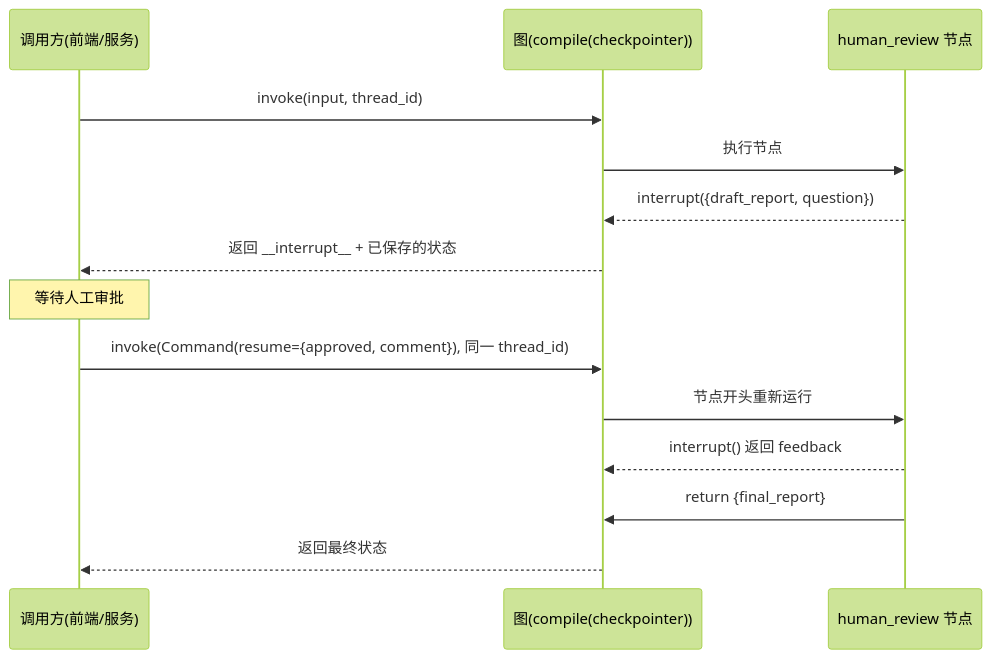
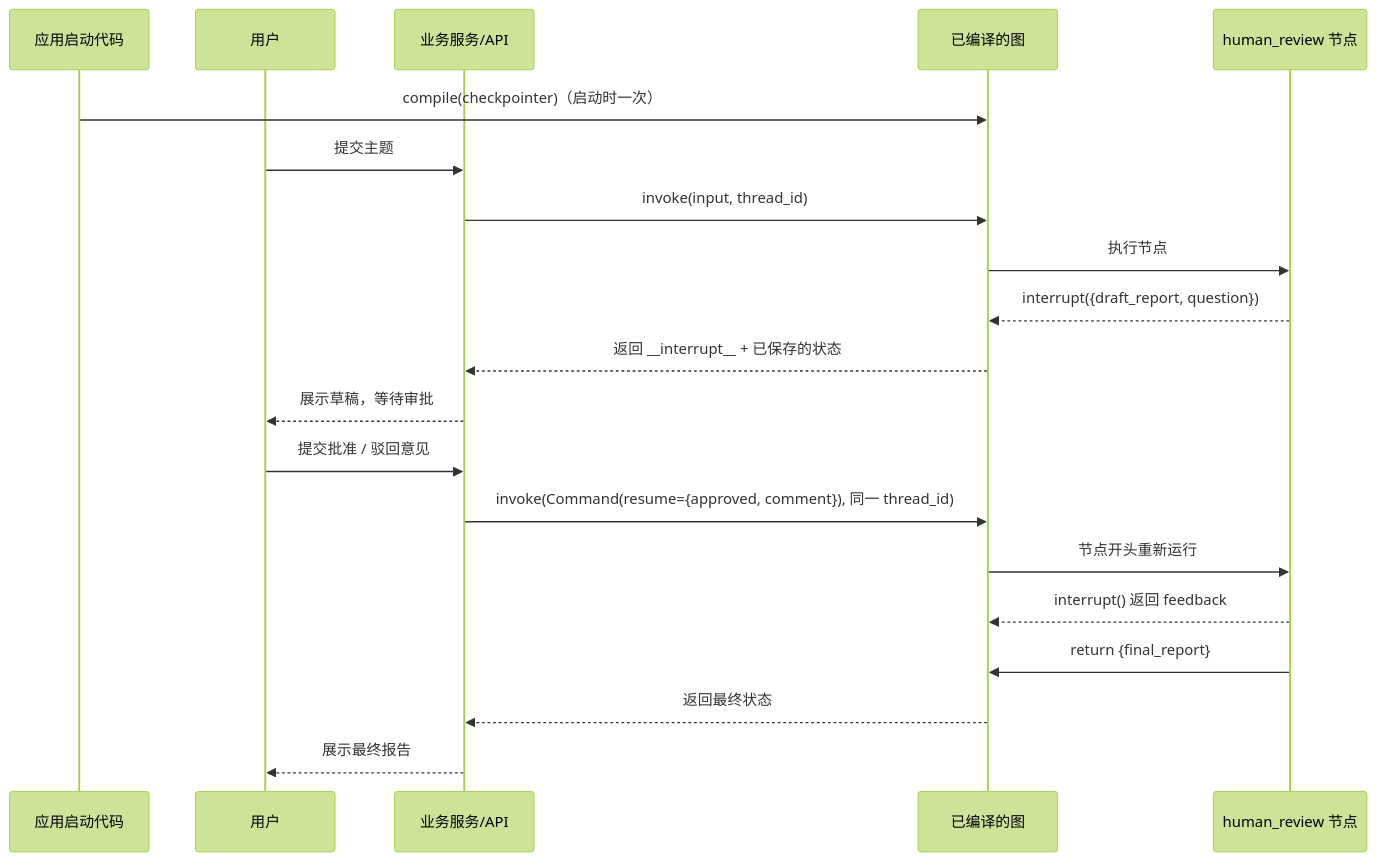
Before and after one commit to sealzrt/2026-08--agent: the first of 2 diagrams in ai-agent学习/06.LangGraph入门/11.Human-in-the-loop.md, drawn with Mermaid (forest theme). The commit also changed other lines of this file, not shown here.

````diff
--- a/ai-agent学习/06.LangGraph入门/11.Human-in-the-loop.md
+++ b/ai-agent学习/06.LangGraph入门/11.Human-in-the-loop.md
@@ -97,17 +175,23 @@
 ```mermaid
 sequenceDiagram
-    participant App as 调用方(前端/服务)
-    participant G as 图(compile(checkpointer))
+    participant Dev as 应用启动代码
+    participant User as 用户
+    participant App as 业务服务/API
+    participant G as 已编译的图
     participant N as human_review 节点
 
+    Dev->>G: compile(checkpointer)（启动时一次）
+    User->>App: 提交主题
     App->>G: invoke(input, thread_id)
     G->>N: 执行节点
     N-->>G: interrupt({draft_report, question})
     G-->>App: 返回 __interrupt__ + 已保存的状态
-    Note over App: 等待人工审批
+    App-->>User: 展示草稿，等待审批
+    User->>App: 提交批准 / 驳回意见
     App->>G: invoke(Command(resume={approved, comment}), 同一 thread_id)
     G->>N: 节点开头重新运行
     N-->>G: interrupt() 返回 feedback
     N->>G: return {final_report}
     G-->>App: 返回最终状态
+    App-->>User: 展示最终报告
 ```
````
